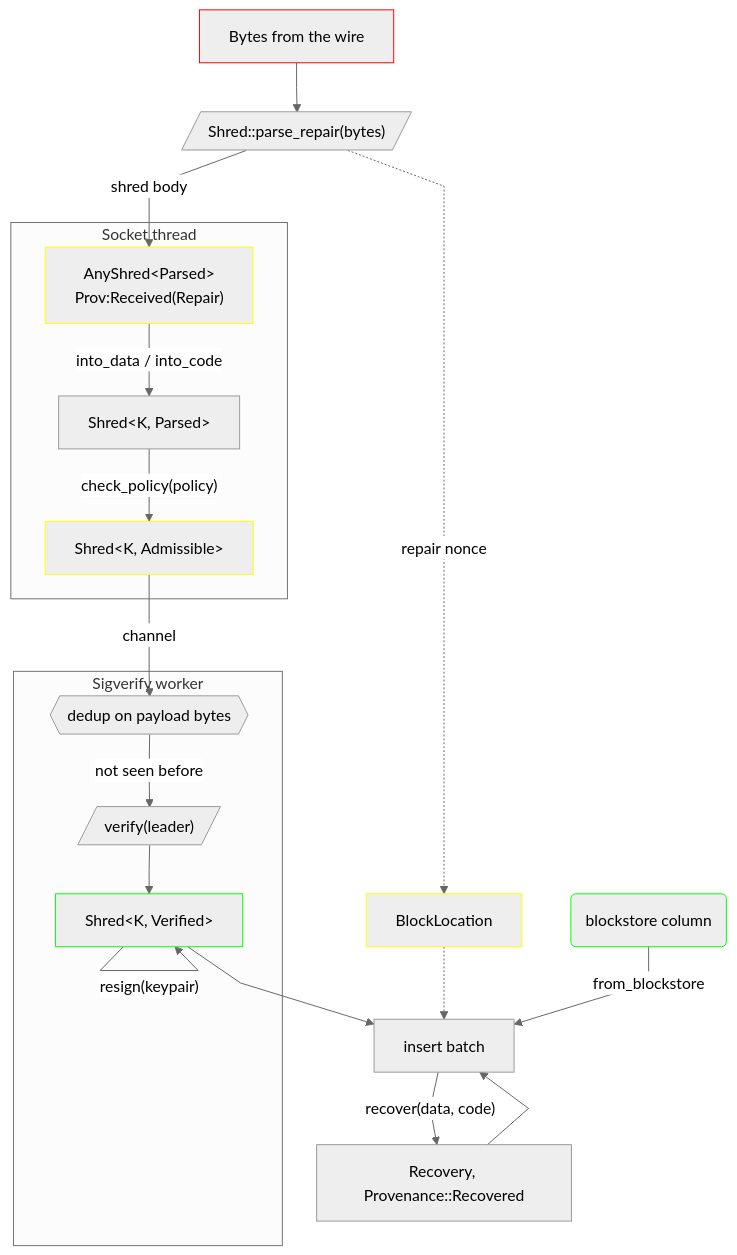
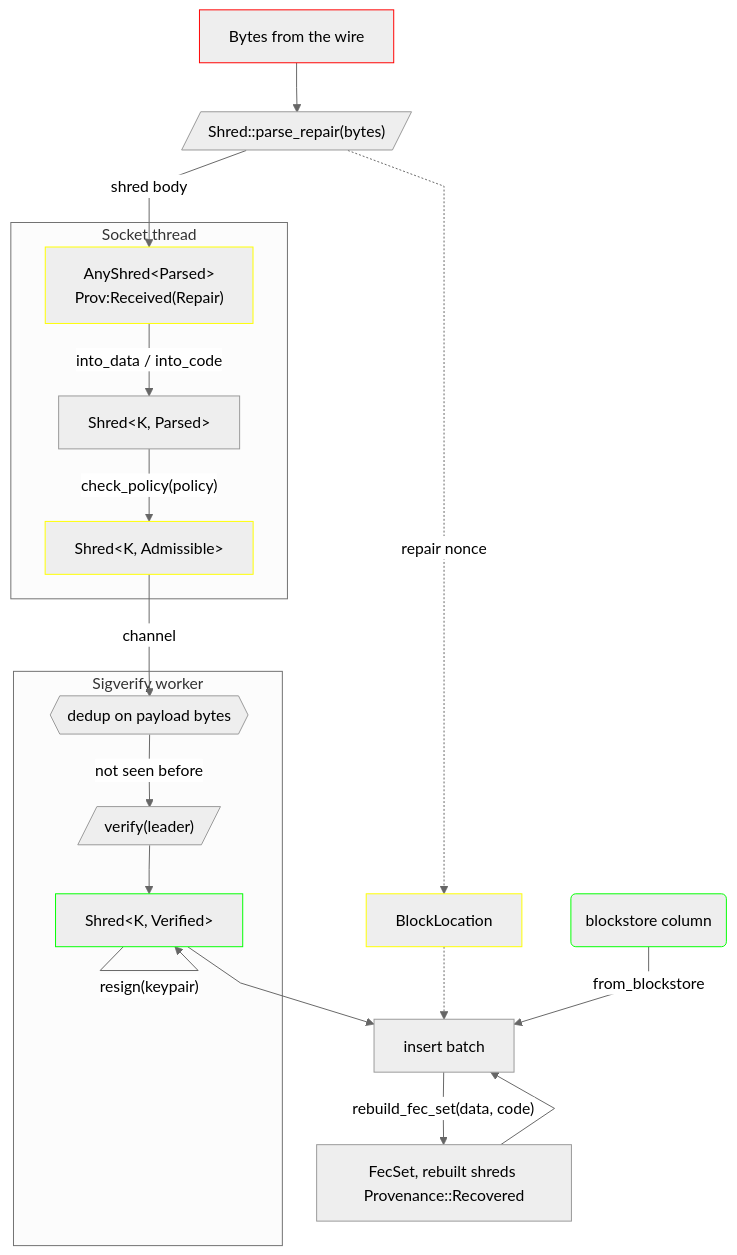
The diagram in shred/doc/ingest.md (anza-xyz/agave), drawn with Mermaid (neutral theme) before and after one commit. The commit also changed 9 other files, not shown here.

````diff
--- a/shred/doc/ingest.md
+++ b/shred/doc/ingest.md
@@ -6,33 +6,33 @@
 ```mermaid
 ---
 config:
   flowchart:
     curve: linear
 ---
 flowchart TB
     style packet stroke: #f00
     style parsed stroke: #ff0
     style admissible stroke: #ff0
     style nonce stroke: #ff0
     style verified stroke: #0f0
     style column stroke: #0f0
     packet["Bytes from the wire"] --> fn_parse[/"Shred::parse_repair(bytes)"/]
     fn_parse -->|"shred body"| parsed["AnyShred&lt;Parsed&gt;<br/>Prov:Received(Repair)"]
     fn_parse -.->|"repair nonce"| nonce["BlockLocation"]
     nonce -.->batch
     subgraph socket["Socket thread"]
     parsed -->|"into_data / into_code"| typed["Shred&lt;K, Parsed&gt;"]
     typed -->|"check_policy(policy)"| admissible["Shred&lt;K, Admissible&gt;"]
     end
     subgraph sigverify["Sigverify worker"]
     dedup{{"dedup on payload bytes"}}
     dedup -->|"not seen before"| fn_verify[/"verify(leader)"/]
     fn_verify --> verified["Shred&lt;K, Verified&gt;"]
     end
     admissible -->|"channel"| dedup
     verified -->|"resign(keypair)"| verified
     verified --> batch["insert batch"]
     column("blockstore column") -->|from_blockstore| batch
-    batch -->|"recover(data, code)"| rebuilt["Recovery, Provenance::Recovered"]
+    batch -->|"rebuild_fec_set(data, code)"| rebuilt["FecSet, rebuilt shreds Provenance::Recovered"]
     rebuilt --> batch
 ```
````
